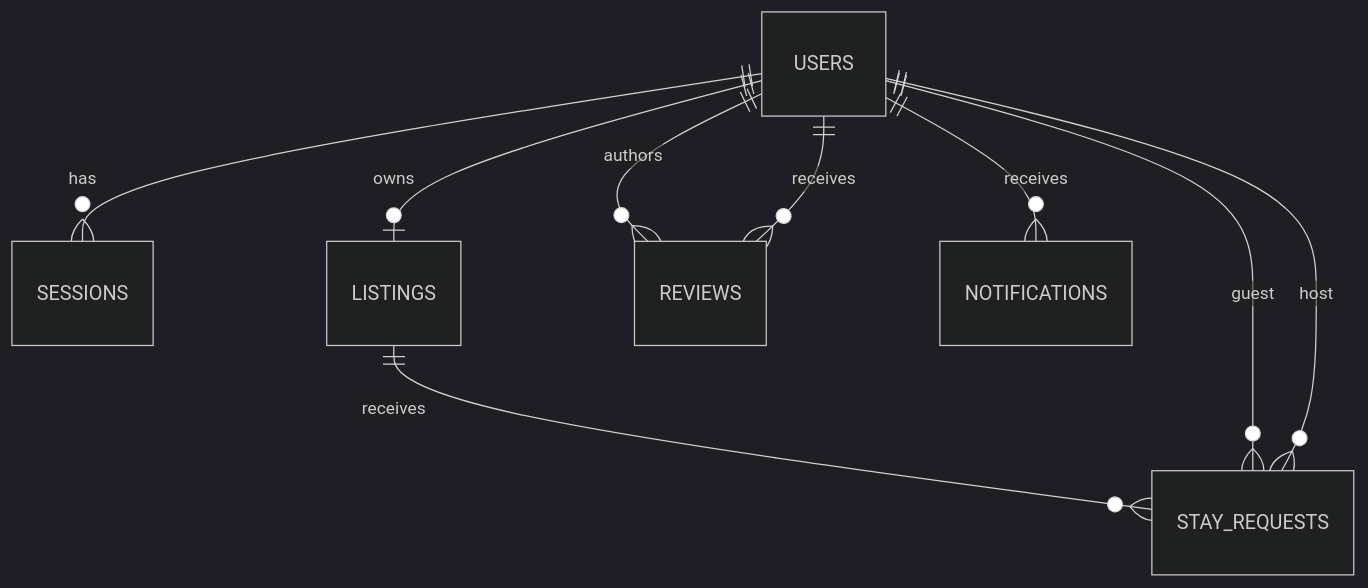
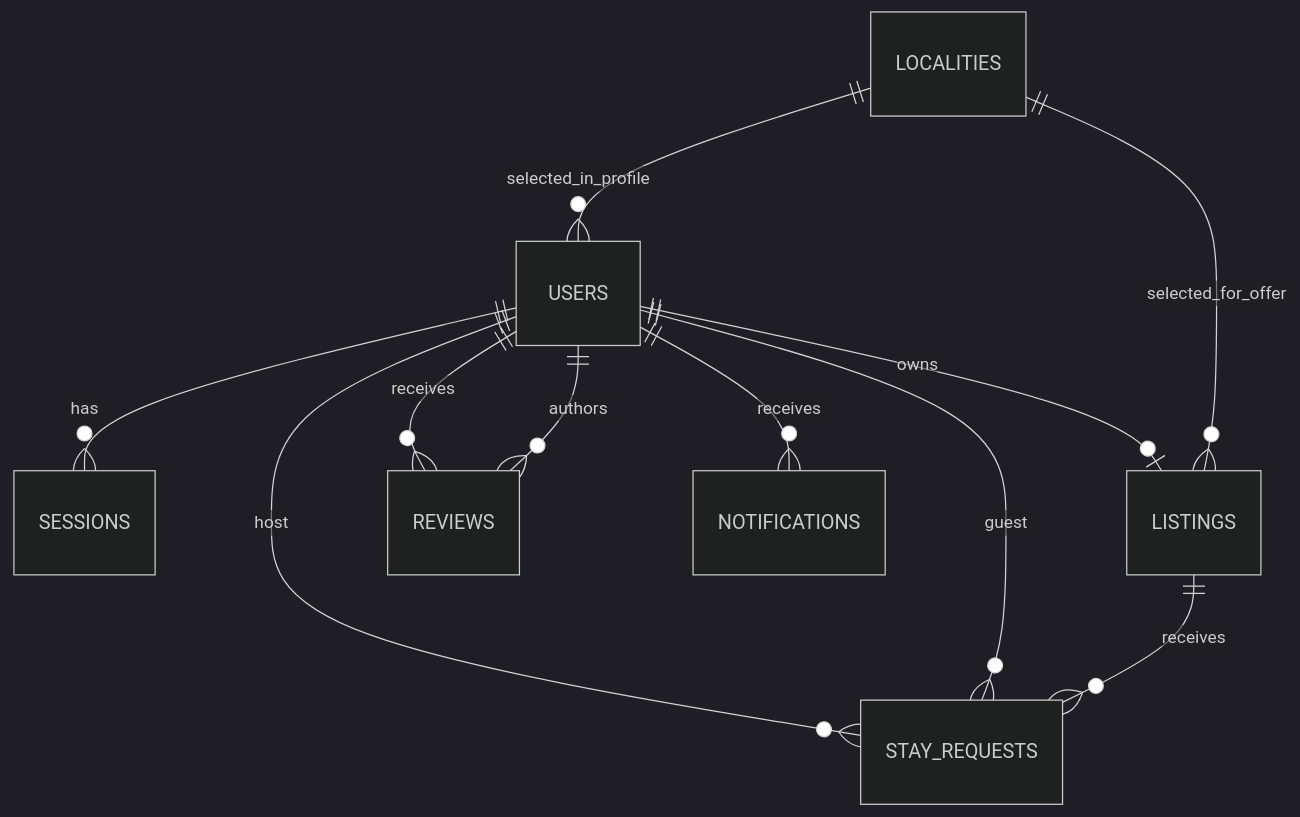
The second of 2 diagrams in README.md (renvissvncee/MAXHACK-project), drawn with Mermaid (dark theme) before and after one commit. The commit also changed other lines of this file and 52 other files, not shown here.

````diff
--- a/README.md
+++ b/README.md
@@ -155,11 +156,13 @@
 ```mermaid
 erDiagram
     USERS ||--o{ SESSIONS : has
+    LOCALITIES ||--o{ USERS : selected_in_profile
+    LOCALITIES ||--o{ LISTINGS : selected_for_offer
     USERS ||--o| LISTINGS : owns
     LISTINGS ||--o{ STAY_REQUESTS : receives
     USERS ||--o{ STAY_REQUESTS : guest
     USERS ||--o{ STAY_REQUESTS : host
     USERS ||--o{ REVIEWS : authors
     USERS ||--o{ REVIEWS : receives
     USERS ||--o{ NOTIFICATIONS : receives
 ```
````
